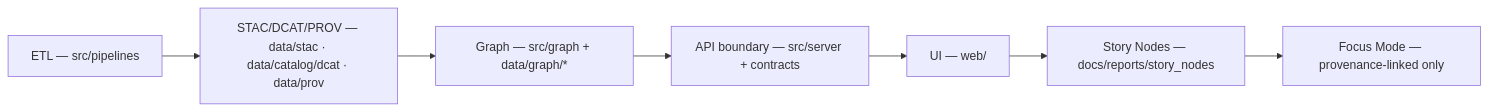
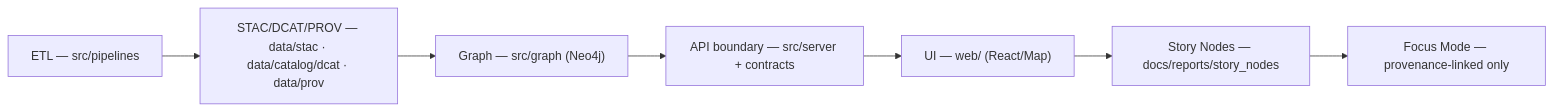
Before and after one commit to bartytime4life/Kansas-Frontier-Matrix: the first of 2 diagrams in web/README.md, drawn with Mermaid. The commit also changed other lines of this file, not shown here.

```diff
--- a/web/README.md
+++ b/web/README.md
@@ -289,9 +306,9 @@
 ~~~mermaid
 flowchart LR
   A["ETL — src/pipelines"] --> B["STAC/DCAT/PROV — data/stac · data/catalog/dcat · data/prov"]
-  B --> C["Graph — src/graph + data/graph/*"]
+  B --> C["Graph — src/graph (Neo4j)"]
   C --> D["API boundary — src/server + contracts"]
-  D --> E["UI — web/"]
+  D --> E["UI — web/ (React/Map)"]
   E --> F["Story Nodes — docs/reports/story_nodes"]
   F --> G["Focus Mode — provenance-linked only"]
 ~~~
```
